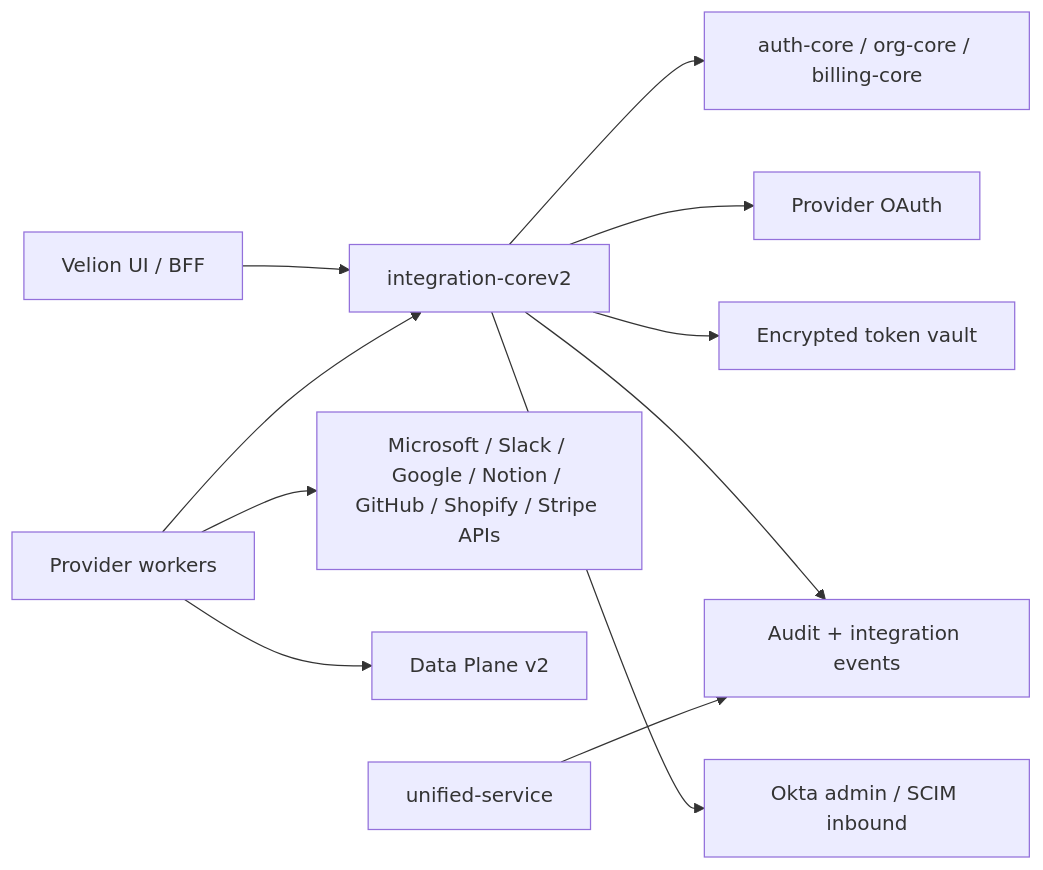
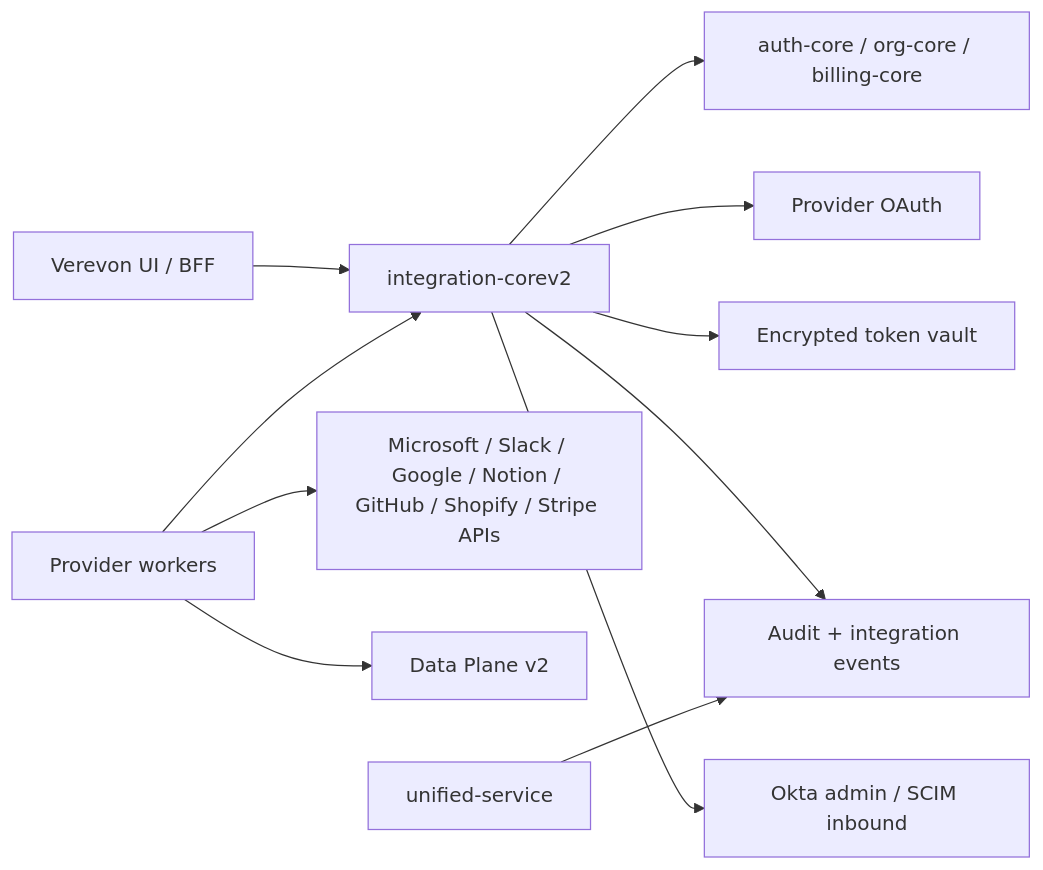
The diagram in apps/Ingestion Plane/integration-corev2/docs/PROVIDER_BLUEPRINT.md (nisjety/CoreSystems), drawn with Mermaid before and after one commit. The commit also changed other lines of this file and 2447 other files, not shown here.

First line of the commit message:
refactor: rename Velion to Verevon across the monorepo

````diff
--- a/apps/Ingestion Plane/integration-corev2/docs/PROVIDER_BLUEPRINT.md
+++ b/apps/Ingestion Plane/integration-corev2/docs/PROVIDER_BLUEPRINT.md
@@ -37,13 +37,13 @@
 ```mermaid
 flowchart LR
-  UI["Velion UI / BFF"] --> IC["integration-corev2"]
+  UI["Verevon UI / BFF"] --> IC["integration-corev2"]
   IC --> CP["auth-core / org-core / billing-core"]
   IC --> OAuth["Provider OAuth"]
   IC --> Vault["Encrypted token vault"]
   IC --> Events["Audit + integration events"]
   Workers["Provider workers"] --> IC
   Workers --> Providers["Microsoft / Slack / Google / Notion / GitHub / Shopify / Stripe APIs"]
   IC --> Enterprise["Okta admin / SCIM inbound"]
   Workers --> DP["Data Plane v2"]
   Unified["unified-service"] --> Events
 ```
````
